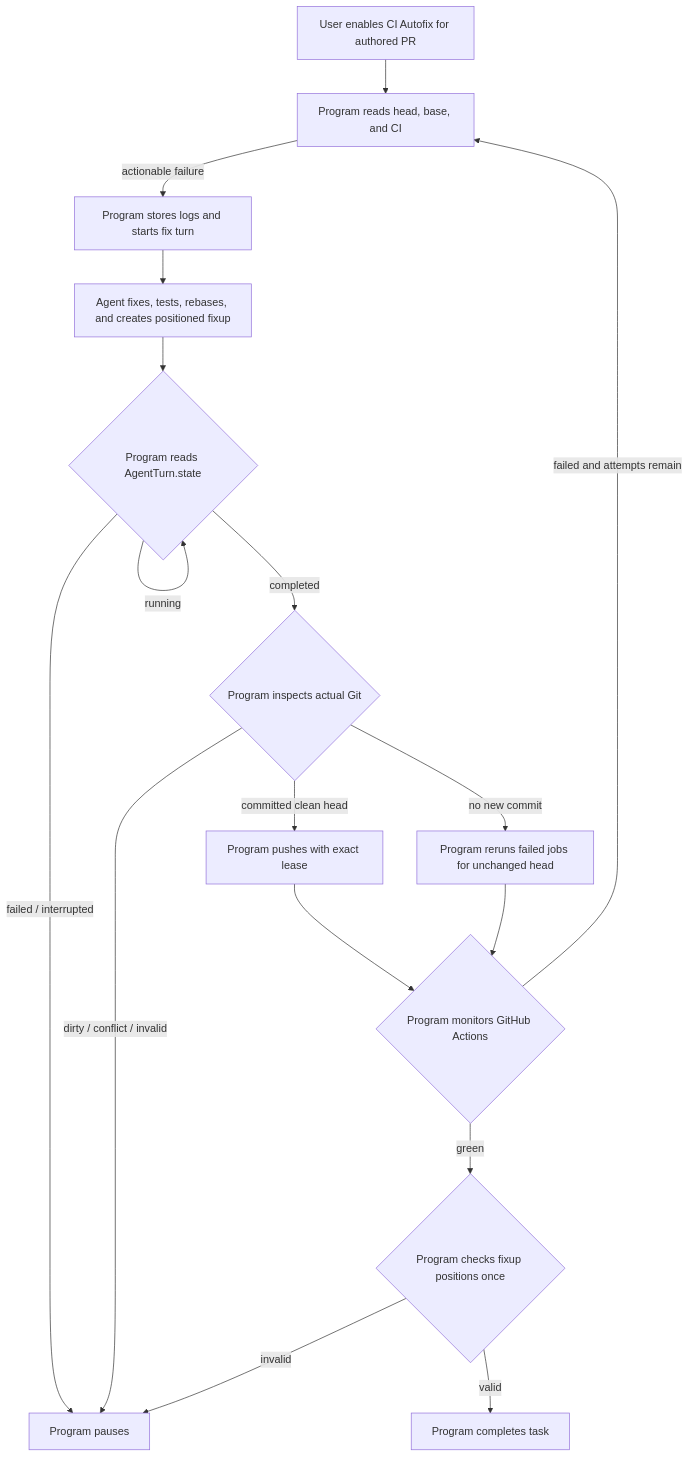
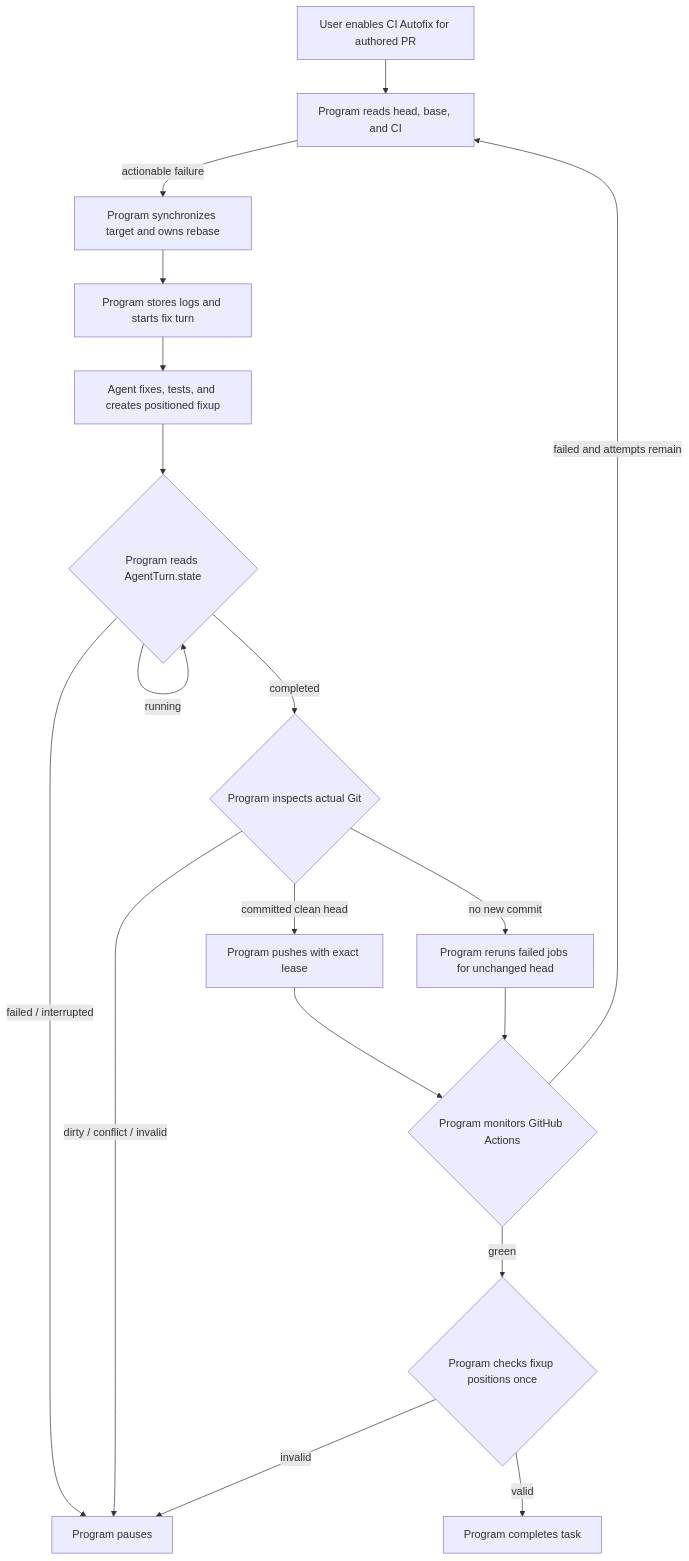
The first of 2 diagrams in docs/design/ci-autofix-service.md (bytequay/bytequay), drawn with Mermaid before and after one commit. The commit also changed other lines of this file and 22 other files, not shown here.

Commit message:
Own CI target rebases in the program

````diff
--- a/docs/design/ci-autofix-service.md
+++ b/docs/design/ci-autofix-service.md
@@ -451,28 +470,29 @@
 ```mermaid
 flowchart TD
     ENABLE["User enables CI Autofix for authored PR"]
     WATCH["Program reads head, base, and CI"]
     TURN["Program stores logs and starts fix turn"]
-    FIX["Agent fixes, tests, rebases, and creates positioned fixup"]
+    REBASE["Program synchronizes target and owns rebase"]
+    FIX["Agent fixes, tests, and creates positioned fixup"]
     LIFE{"Program reads AgentTurn.state"}
     GIT{"Program inspects actual Git"}
     PUSH["Program pushes with exact lease"]
     CI{"Program monitors GitHub Actions"}
     RERUN["Program reruns failed jobs for unchanged head"]
     FINAL{"Program checks fixup positions once"}
     PAUSE["Program pauses"]
     DONE["Program completes task"]
 
     ENABLE --> WATCH
-    WATCH -->|"actionable failure"| TURN --> FIX --> LIFE
+    WATCH -->|"actionable failure"| REBASE --> TURN --> FIX --> LIFE
     LIFE -->|"running"| LIFE
     LIFE -->|"failed / interrupted"| PAUSE
     LIFE -->|"completed"| GIT
     GIT -->|"committed clean head"| PUSH --> CI
     GIT -->|"no new commit"| RERUN --> CI
     GIT -->|"dirty / conflict / invalid"| PAUSE
     CI -->|"failed and attempts remain"| WATCH
     CI -->|"green"| FINAL
     FINAL -->|"valid"| DONE
     FINAL -->|"invalid"| PAUSE
 ```
````
